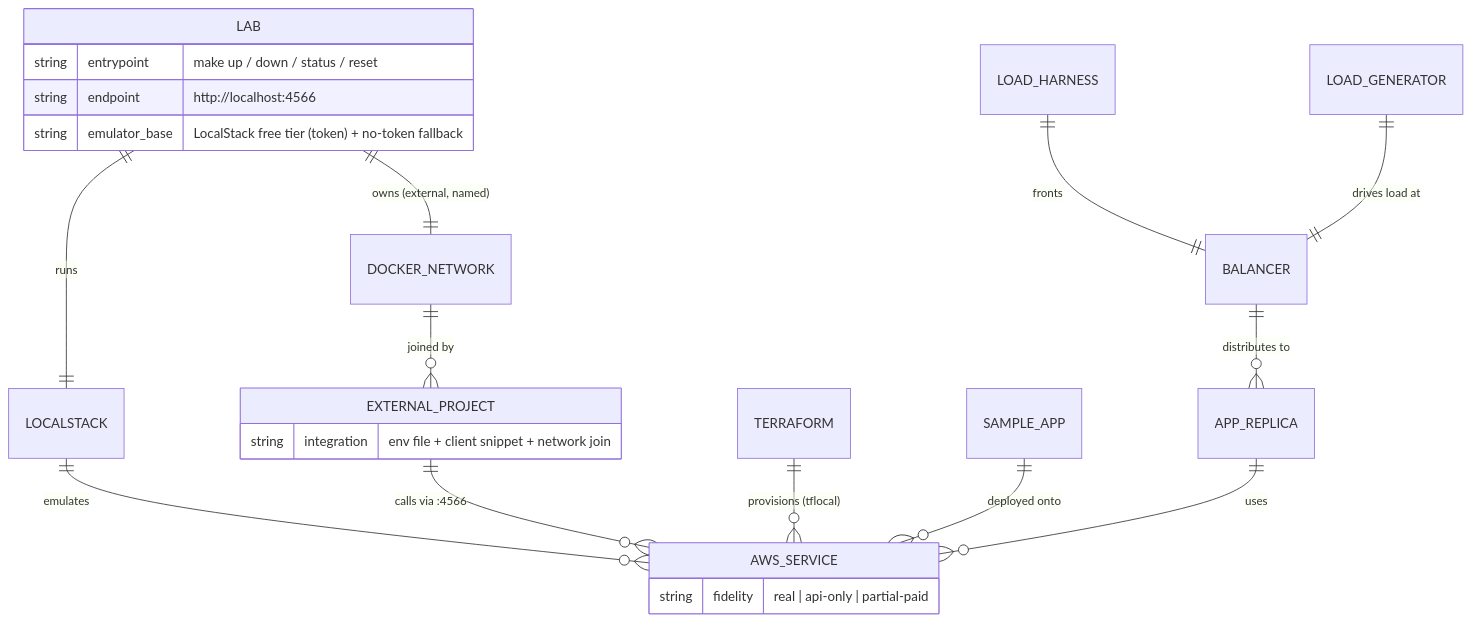
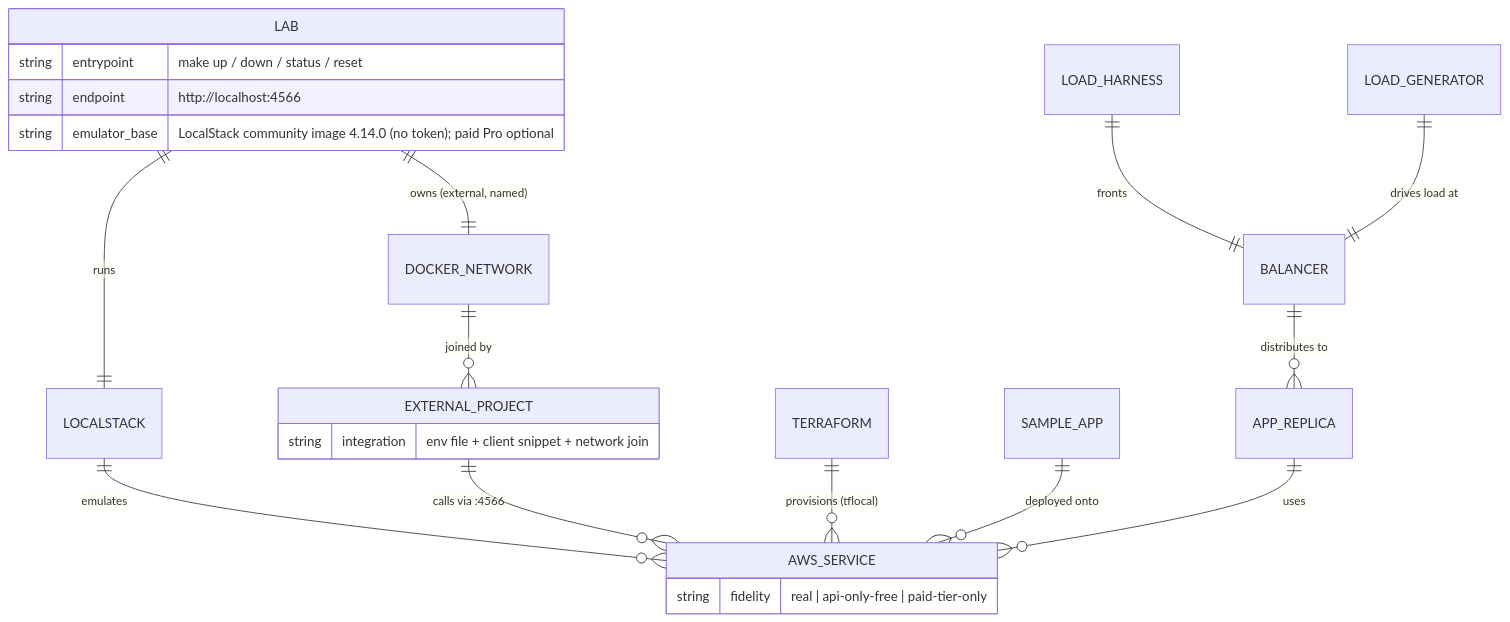
Before and after one commit to SimplyAvi/aws-local-lab: the second of 2 diagrams in README.md, drawn with Mermaid. The commit also changed other lines of this file and 10 other files, not shown here.

First line of the commit message:
docs(lab-fidelity): correct free-tier vs paid LocalStack language (NFR-8) (#5)

````diff
--- a/README.md
+++ b/README.md
@@ -98,26 +105,26 @@
 ```mermaid
 erDiagram
     LAB ||--|| LOCALSTACK : runs
     LAB ||--|| DOCKER_NETWORK : "owns (external, named)"
     LOCALSTACK ||--o{ AWS_SERVICE : emulates
     DOCKER_NETWORK ||--o{ EXTERNAL_PROJECT : "joined by"
     EXTERNAL_PROJECT ||--o{ AWS_SERVICE : "calls via :4566"
     TERRAFORM ||--o{ AWS_SERVICE : "provisions (tflocal)"
     SAMPLE_APP ||--o{ AWS_SERVICE : "deployed onto"
     LOAD_HARNESS ||--|| BALANCER : fronts
     BALANCER ||--o{ APP_REPLICA : "distributes to"
     APP_REPLICA ||--o{ AWS_SERVICE : uses
     LOAD_GENERATOR ||--|| BALANCER : "drives load at"
 
     LAB {
         string entrypoint "make up / down / status / reset"
         string endpoint "http://localhost:4566"
-        string emulator_base "LocalStack free tier (token) + no-token fallback"
+        string emulator_base "LocalStack community image 4.14.0 (no token); paid Pro optional"
     }
     AWS_SERVICE {
-        string fidelity "real | api-only | partial-paid"
+        string fidelity "real | api-only-free | paid-tier-only"
     }
     EXTERNAL_PROJECT {
         string integration "env file + client snippet + network join"
     }
 ```
````
